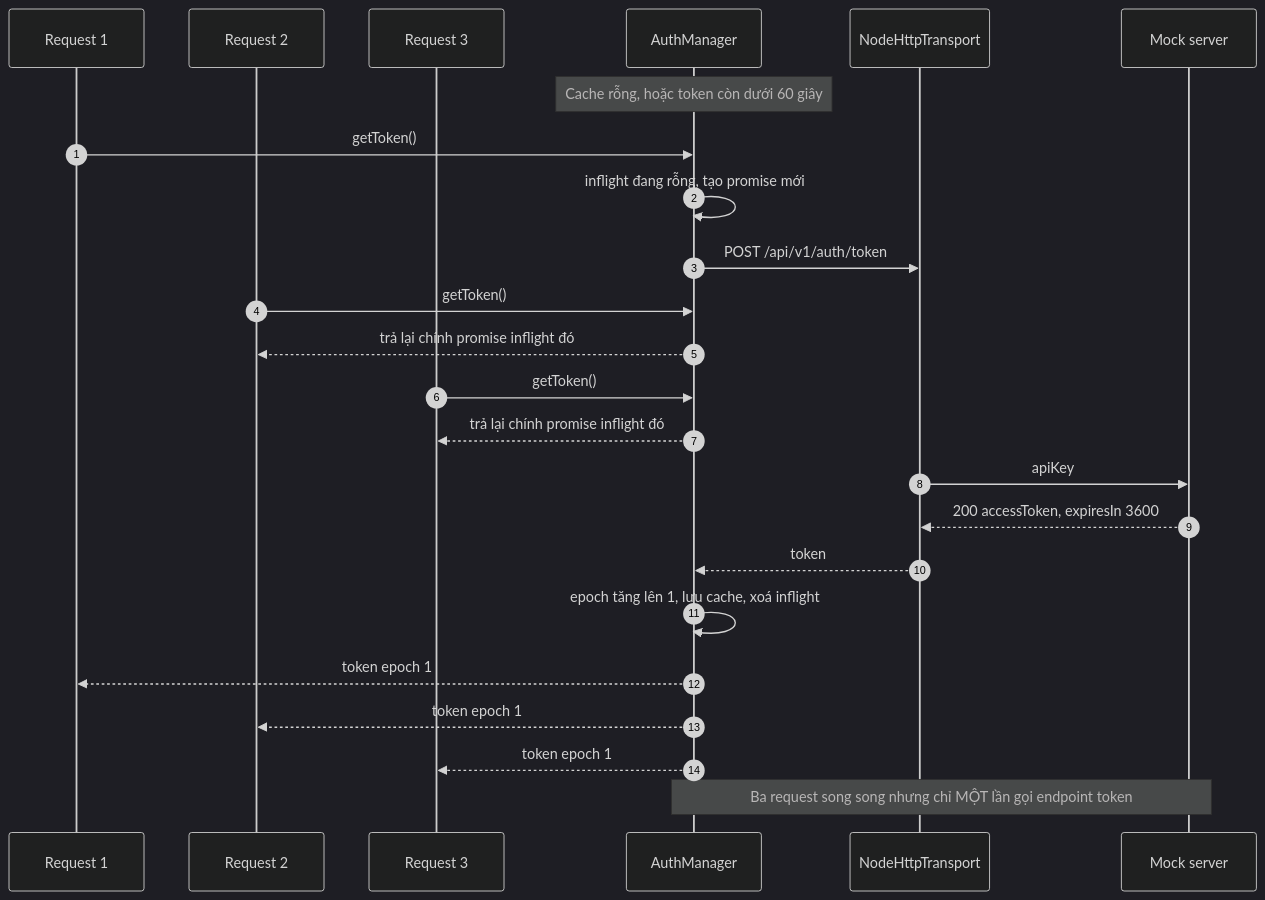
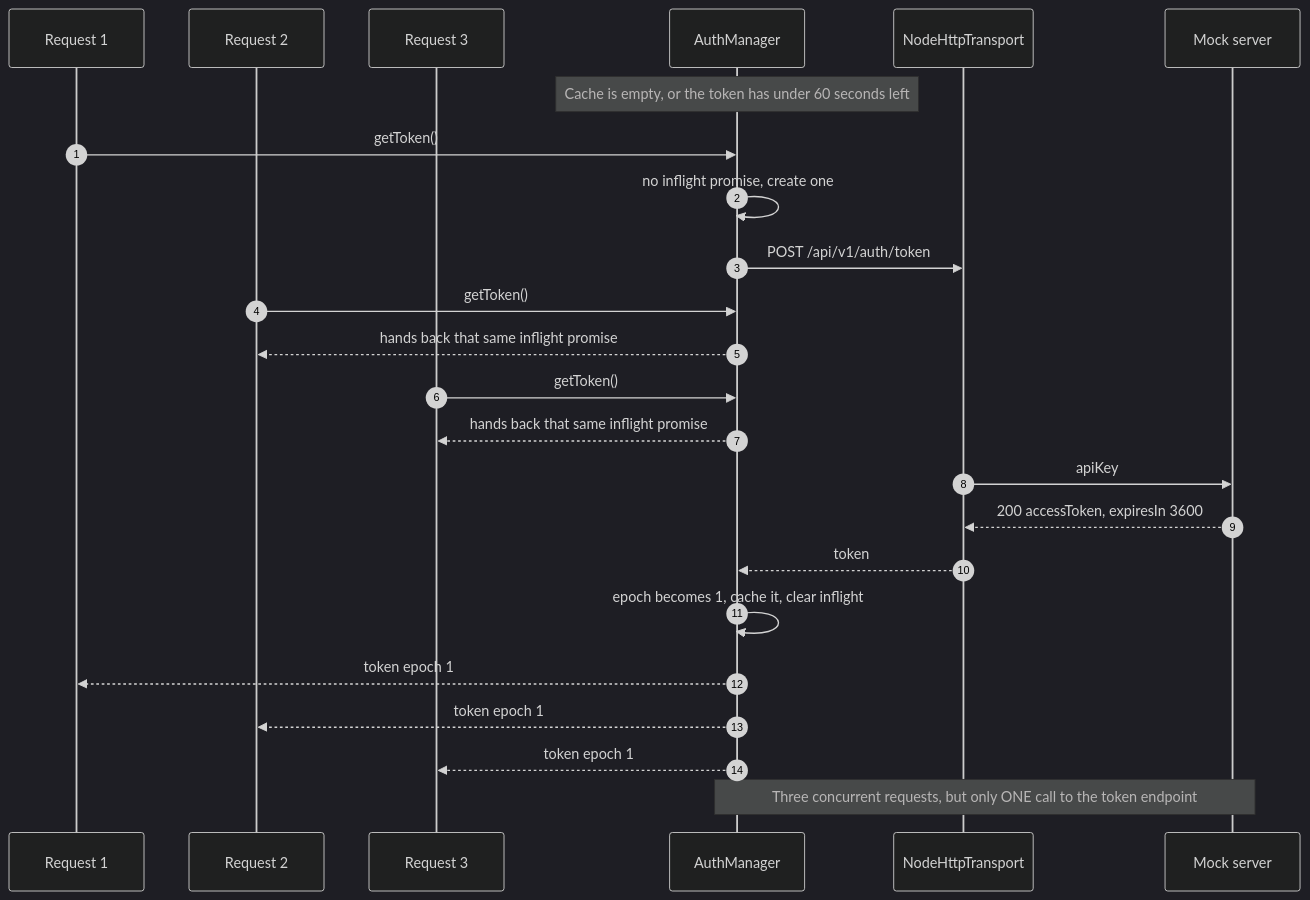
Before and after one commit to vuminhluan/ai-challenge13: the first of 2 diagrams in docs/diagrams/03-token-refresh.md, drawn with Mermaid (dark theme). The commit also changed other lines of this file and 34 other files, not shown here.

Commit message:
docs: chuyển README, examples, tests và diagrams sang tiếng Anh, thêm bảng timeline

````diff
--- a/docs/diagrams/03-token-refresh.md
+++ b/docs/diagrams/03-token-refresh.md
@@ -5,31 +5,31 @@
 ```mermaid
 sequenceDiagram
     autonumber
     participant R1 as Request 1
     participant R2 as Request 2
     participant R3 as Request 3
     participant Auth as AuthManager
     participant Tr as NodeHttpTransport
     participant Srv as Mock server
 
-    Note over Auth: Cache rỗng, hoặc token còn dưới 60 giây
+    Note over Auth: Cache is empty, or the token has under 60 seconds left
 
     R1->>Auth: getToken()
-    Auth->>Auth: inflight đang rỗng, tạo promise mới
+    Auth->>Auth: no inflight promise, create one
     Auth->>Tr: POST /api/v1/auth/token
 
     R2->>Auth: getToken()
-    Auth-->>R2: trả lại chính promise inflight đó
+    Auth-->>R2: hands back that same inflight promise
     R3->>Auth: getToken()
-    Auth-->>R3: trả lại chính promise inflight đó
+    Auth-->>R3: hands back that same inflight promise
 
     Tr->>Srv: apiKey
     Srv-->>Tr: 200 accessToken, expiresIn 3600
     Tr-->>Auth: token
-    Auth->>Auth: epoch tăng lên 1, lưu cache, xoá inflight
+    Auth->>Auth: epoch becomes 1, cache it, clear inflight
     Auth-->>R1: token epoch 1
     Auth-->>R2: token epoch 1
     Auth-->>R3: token epoch 1
 
-    Note over Auth,Srv: Ba request song song nhưng chỉ MỘT lần gọi endpoint token
+    Note over Auth,Srv: Three concurrent requests, but only ONE call to the token endpoint
 ```
````
